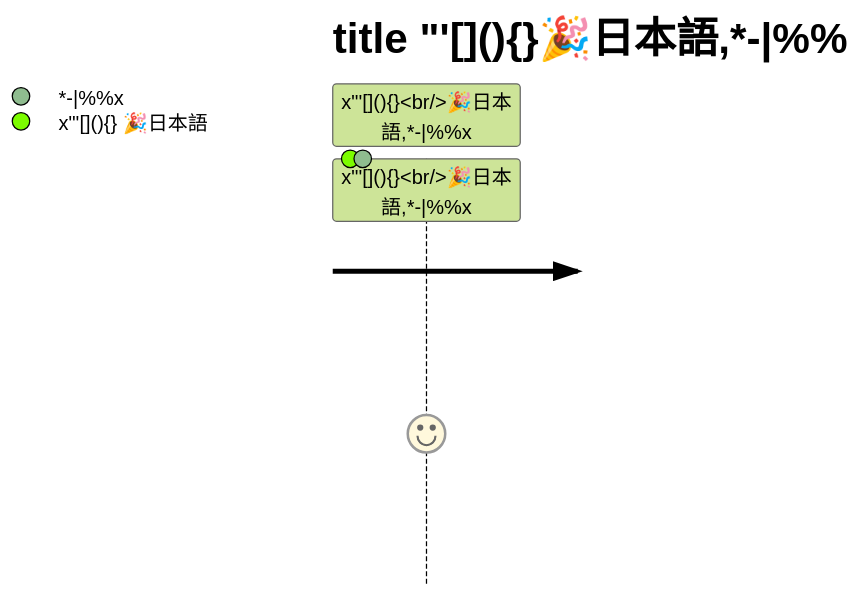
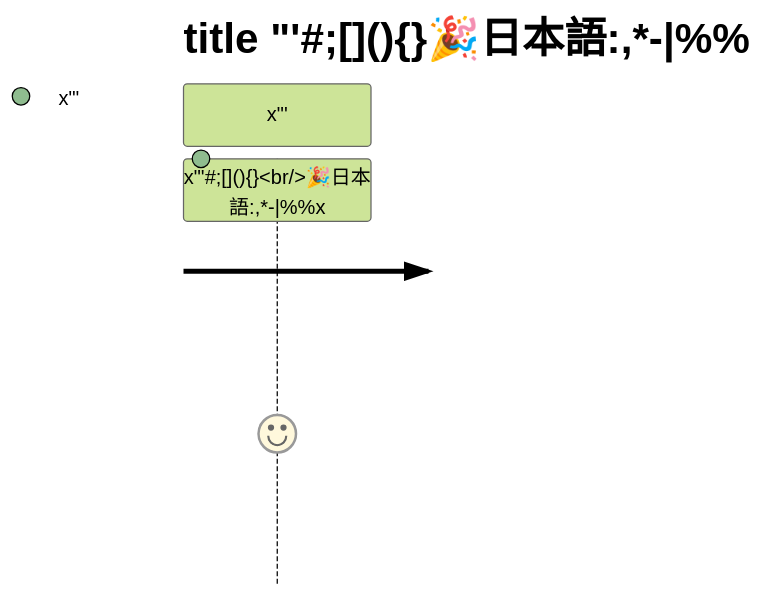
Before and after one commit to nao1215/markdown: the diagram in doc/edgecase/userjourney.md, drawn with Mermaid (forest theme). The commit also changed 4 other files, not shown here.

````diff
--- a/doc/edgecase/userjourney.md
+++ b/doc/edgecase/userjourney.md
@@ -5,6 +5,6 @@
 ```mermaid
 journey
-    title title "'[](){}🎉日本語,*-|%%
-    section x"'[](){}<br/>🎉日本語,*-|%%x
-        x"'[](){}<br/>🎉日本語,*-|%%x: 4: x"'[](){}<br/>🎉日本語,*-|%%x
+    title title "'#35;#59;[](){}🎉日本語:,*-|%%
+    section x"'##59;[](){}<br/>🎉日本語#58;,*-|%%x
+        x"'#35;#59;[](){}<br/>🎉日本語#58;,*-|%%x: 4: x"'##59;[](){}<br/>🎉日本語#58;#44;*-|%%x
 ```
````
